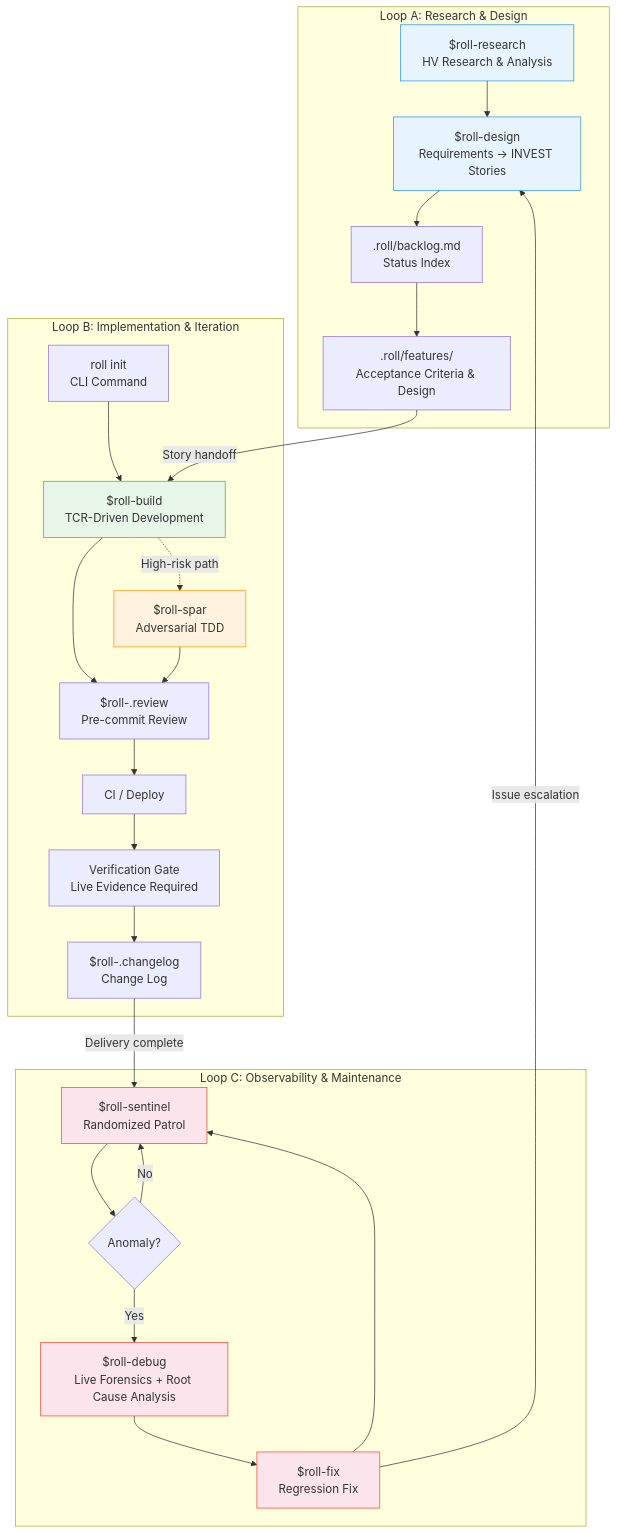
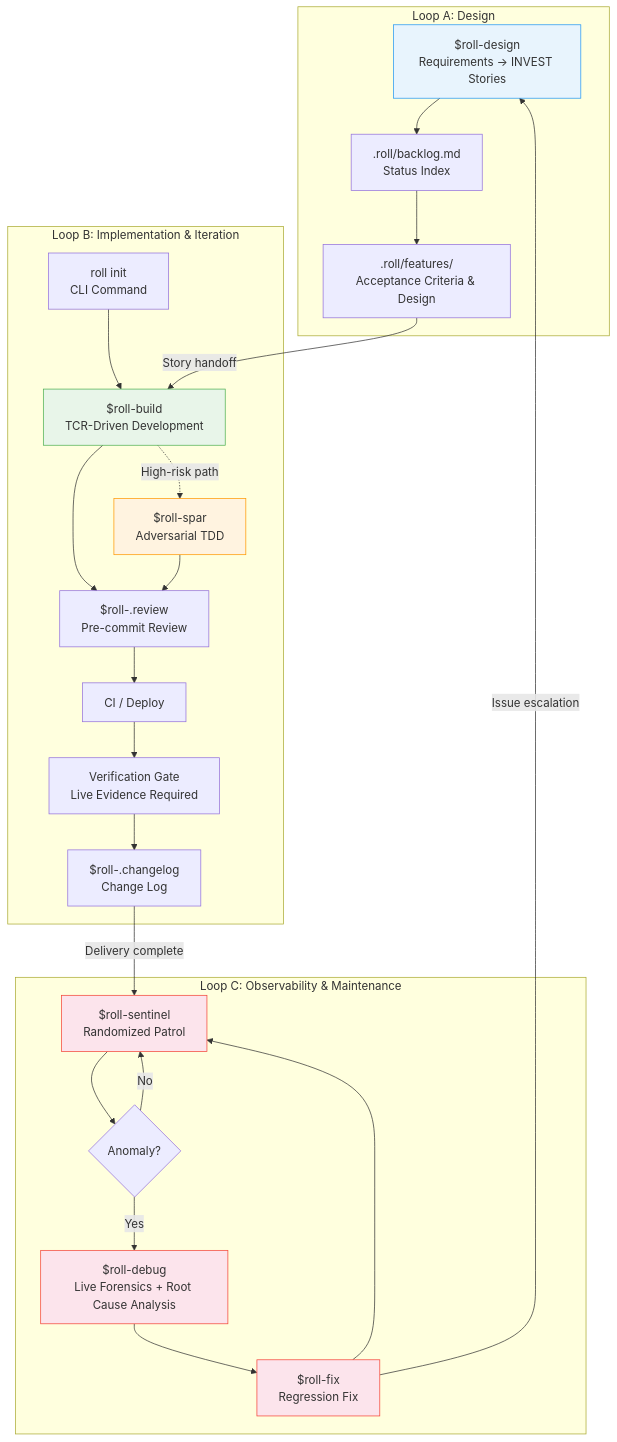
The first of 2 diagrams in guide/en/methodology.md (seanyao/roll), drawn with Mermaid before and after one commit. The commit also changed other lines of this file and 14 other files, not shown here.

First line of the commit message:
Chore: remove roll-research skill + drop README acknowledgments

````diff
--- a/guide/en/methodology.md
+++ b/guide/en/methodology.md
@@ -25,38 +25,36 @@
 ```mermaid
 graph TB
-    subgraph "Loop A: Research & Design"
-        A1["$roll-research<br/>HV Research & Analysis"] --> A2["$roll-design<br/>Requirements → INVEST Stories"]
-        A2 --> A3[".roll/backlog.md<br/>Status Index"]
+    subgraph "Loop A: Design"
+        A2["$roll-design<br/>Requirements → INVEST Stories"] --> A3[".roll/backlog.md<br/>Status Index"]
         A3 --> A4[".roll/features/<br/>Acceptance Criteria & Design"]
     end
 
     subgraph "Loop B: Implementation & Iteration"
         B1["roll init<br/>CLI Command"] --> B2["$roll-build<br/>TCR-Driven Development"]
         B2 --> B3["$roll-.review<br/>Pre-commit Review"]
         B3 --> B4["CI / Deploy"]
         B4 --> B5["Verification Gate<br/>Live Evidence Required"]
         B5 --> B6["$roll-.changelog<br/>Change Log"]
         B2 -.->|High-risk path| B7["$roll-spar<br/>Adversarial TDD"]
         B7 --> B3
     end
 
     subgraph "Loop C: Observability & Maintenance"
         C1["$roll-sentinel<br/>Randomized Patrol"] --> C2{"Anomaly?"}
         C2 -->|Yes| C3["$roll-debug<br/>Live Forensics + Root Cause Analysis"]
         C3 --> C5["$roll-fix<br/>Regression Fix"]
         C5 --> C1
         C2 -->|No| C1
     end
 
     A4 -->|"Story handoff"| B2
     B6 -->|"Delivery complete"| C1
     C5 -->|"Issue escalation"| A2
 
-    style A1 fill:#e8f4fd,stroke:#2196F3
     style A2 fill:#e8f4fd,stroke:#2196F3
     style B2 fill:#e8f5e9,stroke:#4CAF50
     style B7 fill:#fff3e0,stroke:#FF9800
     style C1 fill:#fce4ec,stroke:#F44336
     style C3 fill:#fce4ec,stroke:#F44336
     style C5 fill:#fce4ec,stroke:#F44336
 ```
````
